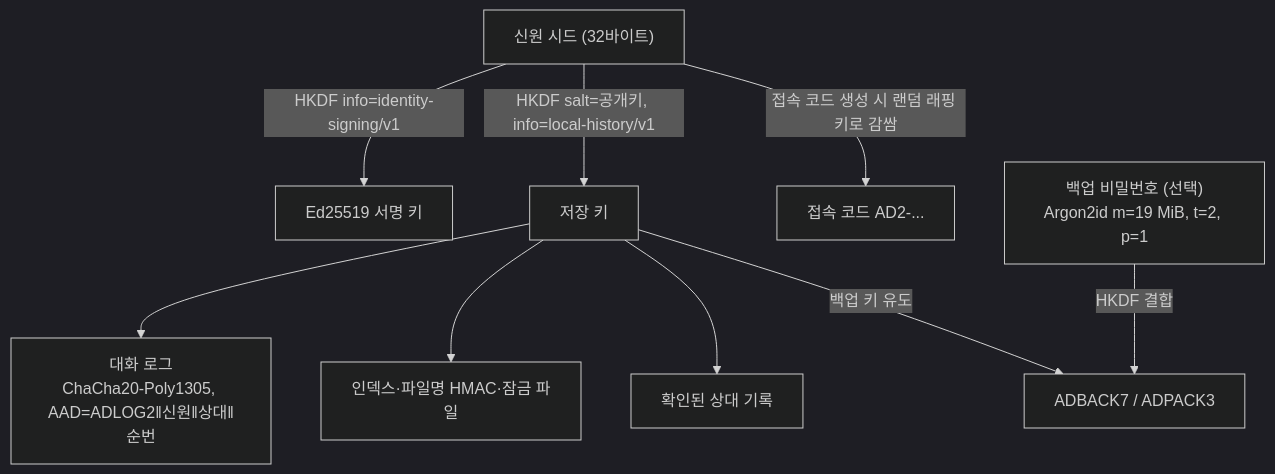
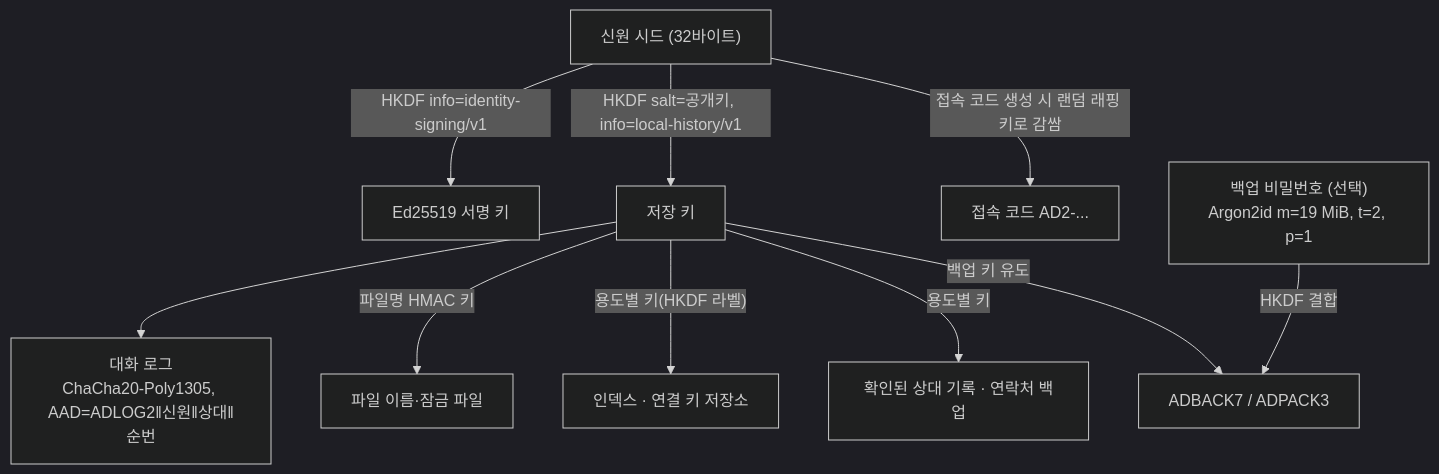
Before and after one commit to answndud/another-dimension-v2: the third of 3 diagrams in docs/architecture.md, drawn with Mermaid (dark theme). The commit also changed other lines of this file and 4 other files, not shown here.

````diff
--- a/docs/architecture.md
+++ b/docs/architecture.md
@@ -95,12 +95,13 @@
 ```mermaid
 flowchart TB
     SEED["신원 시드 (32바이트)"]
     SEED -->|"HKDF info=identity-signing/v1"| SIGN["Ed25519 서명 키"]
     SEED -->|"HKDF salt=공개키, info=local-history/v1"| STORE["저장 키"]
     SEED -->|"접속 코드 생성 시 랜덤 래핑 키로 감쌈"| CODE["접속 코드 AD2-..."]
     STORE --> LOG["대화 로그<br/>ChaCha20-Poly1305, AAD=ADLOG2‖신원‖상대‖순번"]
-    STORE --> IDX["인덱스·파일명 HMAC·잠금 파일"]
-    STORE --> CONT["확인된 상대 기록"]
+    STORE -->|"파일명 HMAC 키"| NAMES["파일 이름·잠금 파일"]
+    STORE -->|"용도별 키(HKDF 라벨)"| IDX["인덱스 · 연결 키 저장소"]
+    STORE -->|"용도별 키"| CONT["확인된 상대 기록 · 연락처 백업"]
     STORE -->|"백업 키 유도"| BAK["ADBACK7 / ADPACK3"]
     PW["백업 비밀번호 (선택)<br/>Argon2id m=19 MiB, t=2, p=1"] -->|"HKDF 결합"| BAK
 ```
````
